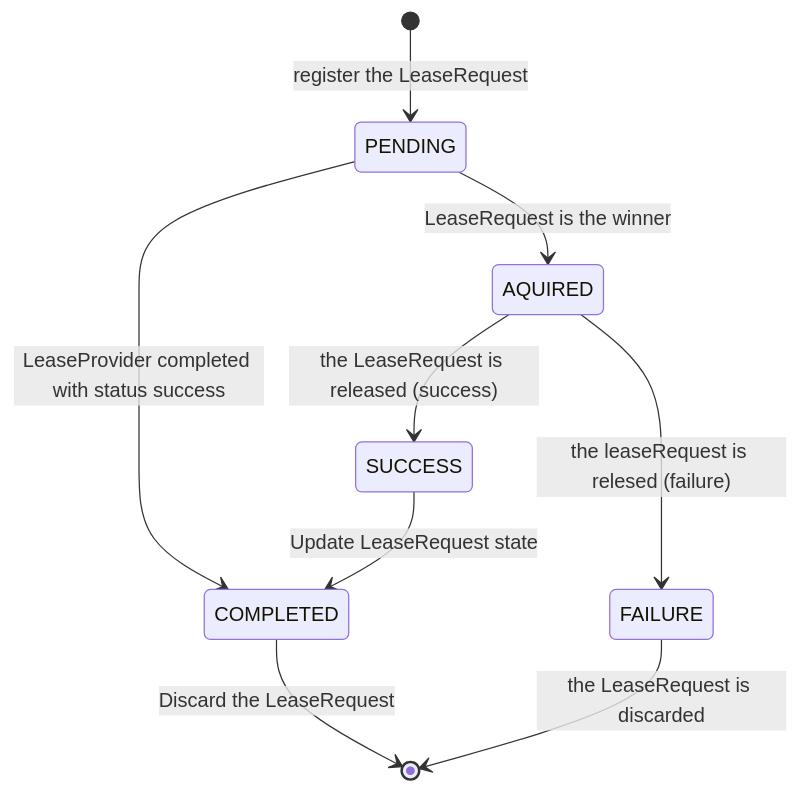
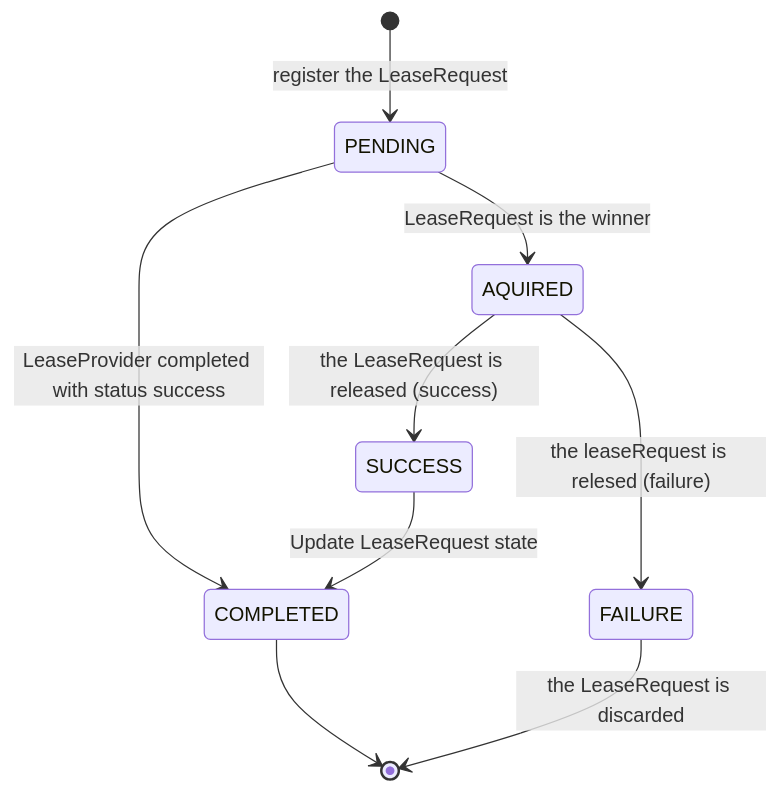
One commit to ankorstore/mq-lease-service changed the first of 3 diagrams in Readme.md. Above: the diagram before and after it, drawn with Mermaid. The commit also changed other lines of this file, not shown here.

Commit message:
fix: STM & sequence diagram

````diff
--- a/Readme.md
+++ b/Readme.md
@@ -33,11 +33,11 @@
 ```mermaid
 stateDiagram-v2
     [*] --> PENDING: register the LeaseRequest
     PENDING --> AQUIRED: LeaseRequest is the winner
     PENDING --> COMPLETED: LeaseProvider completed with status success
-    COMPLETED --> [*]: Discard the LeaseRequest
+    COMPLETED --> [*]
     AQUIRED --> SUCCESS: the LeaseRequest is released (success)
     AQUIRED --> FAILURE: the leaseRequest is relesed (failure)
     SUCCESS --> COMPLETED: Update LeaseRequest state
     FAILURE --> [*]: the LeaseRequest is discarded
 ```
````
